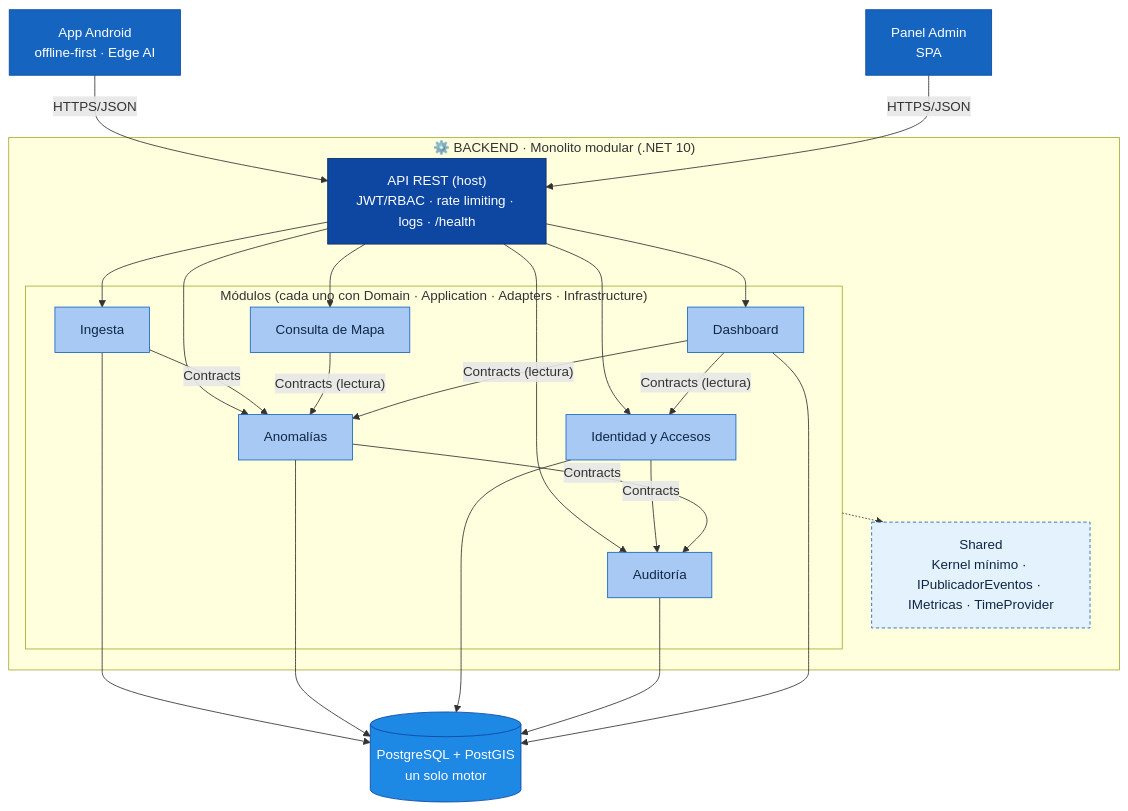
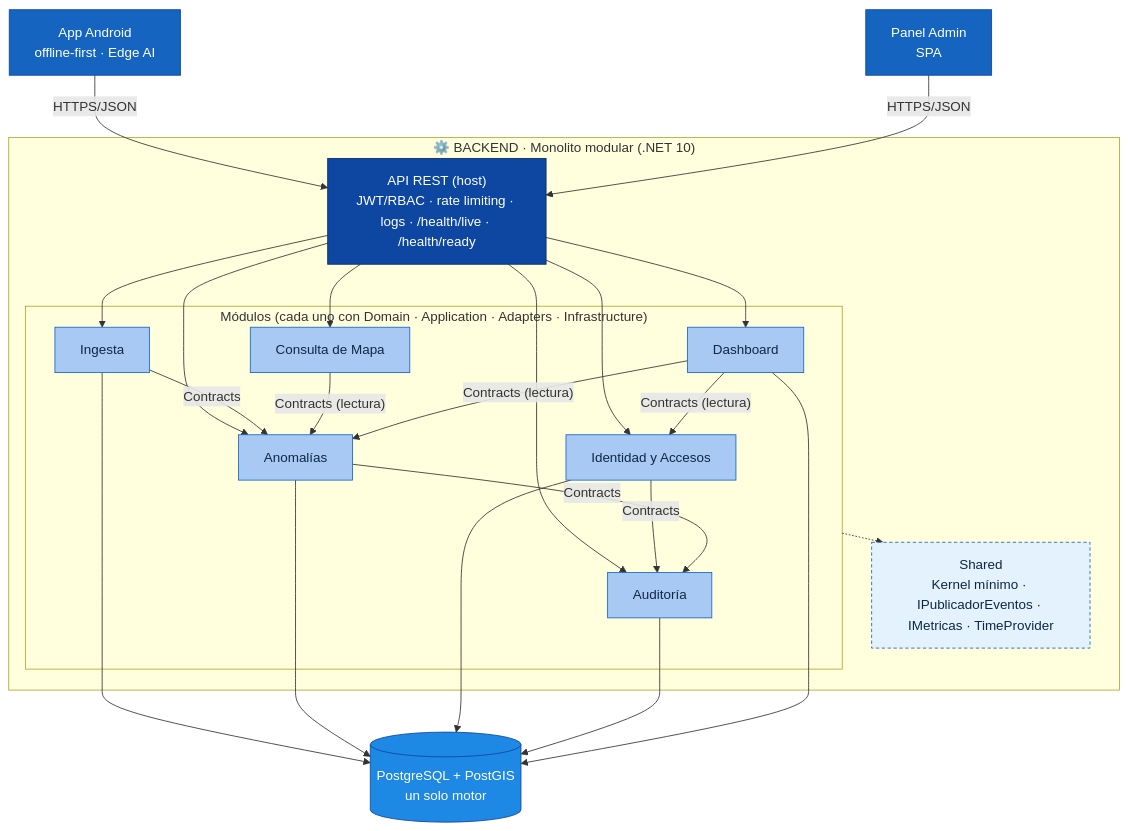
The diagram in docs/02-arquitectura-de-software/estilo-arquitectonico.md (Crisso29/KillaUru_Sprint01), drawn with Mermaid before and after one commit. The commit also changed other lines of this file and 15 other files, not shown here.

````diff
--- a/docs/02-arquitectura-de-software/estilo-arquitectonico.md
+++ b/docs/02-arquitectura-de-software/estilo-arquitectonico.md
@@ -51,51 +51,51 @@
 ```mermaid
 flowchart TD
     classDef cliente fill:#1565C0,color:#fff,stroke:#0d47a1
     classDef host fill:#0D47A1,color:#fff,stroke:#082a66
     classDef modulo fill:#A9C9F5,color:#0F2744,stroke:#1565C0
     classDef compartido fill:#E3F2FD,color:#0F2744,stroke:#1565C0,stroke-dasharray: 4 3
     classDef datos fill:#1E88E5,color:#fff,stroke:#0d47a1
 
     APP["App Android<br/>offline-first · Edge AI"]:::cliente
     PANEL["Panel Admin<br/>SPA"]:::cliente
 
     subgraph BACKEND["⚙️ BACKEND · Monolito modular (.NET 10)"]
-        HOST["API REST (host)<br/>JWT/RBAC · rate limiting · logs · /health"]:::host
+        HOST["API REST (host)<br/>JWT/RBAC · rate limiting · logs · /health/live · /health/ready"]:::host
 
         subgraph NEGOCIO["Módulos (cada uno con Domain · Application · Adapters · Infrastructure)"]
             ID["Identidad y Accesos"]:::modulo
             ING["Ingesta"]:::modulo
             ANO["Anomalías"]:::modulo
             MAPA["Consulta de Mapa"]:::modulo
             DASH["Dashboard"]:::modulo
             AUD["Auditoría"]:::modulo
         end
 
         SHARED["Shared<br/>Kernel mínimo · IPublicadorEventos · IMetricas · TimeProvider"]:::compartido
     end
 
     DB[("PostgreSQL + PostGIS<br/>un solo motor")]:::datos
 
     APP -- "HTTPS/JSON" --> HOST
     PANEL -- "HTTPS/JSON" --> HOST
     HOST --> ID
     HOST --> ING
     HOST --> ANO
     HOST --> MAPA
     HOST --> DASH
     HOST --> AUD
 
     ING -- "Contracts" --> ANO
     MAPA -- "Contracts (lectura)" --> ANO
     DASH -- "Contracts (lectura)" --> ANO
     DASH -- "Contracts (lectura)" --> ID
     ID -- "Contracts" --> AUD
     ANO -- "Contracts" --> AUD
 
     ING --> DB
     ANO --> DB
     ID --> DB
     AUD --> DB
     DASH --> DB
     NEGOCIO -.-> SHARED
 ```
````
